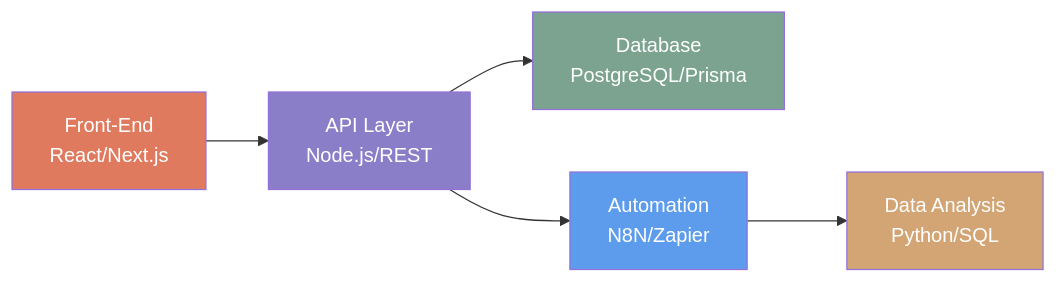
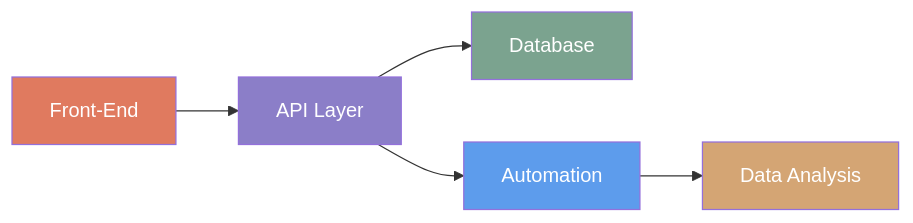
The diagram in README.md (sa3oud/sa3oud), drawn with Mermaid before and after one commit. The commit also changed other lines of this file, not shown here.

Commit message:
Refactor README.md for improved structure and clarity
Updated README.md to enhance formatting and content clarity.

````diff
--- a/README.md
+++ b/README.md
@@ -18,12 +18,12 @@
 ```mermaid
 graph LR
-    A[Front-End<br/>React/Next.js] --> B[API Layer<br/>Node.js/REST]
-    B --> C[Database<br/>PostgreSQL/Prisma]
-    B --> D[Automation<br/>N8N/Zapier]
-    D --> E[Data Analysis<br/>Python/SQL]
+    A[Front-End] --> B[API Layer]
+    B --> C[Database]
+    B --> D[Automation]
+    D --> E[Data Analysis]
     style A fill:#e07a5f,color:#fff
     style B fill:#8b7ec8,color:#fff
     style C fill:#7ba38f,color:#fff
     style D fill:#5d9cec,color:#fff
     style E fill:#d4a574,color:#fff
 ```
````
